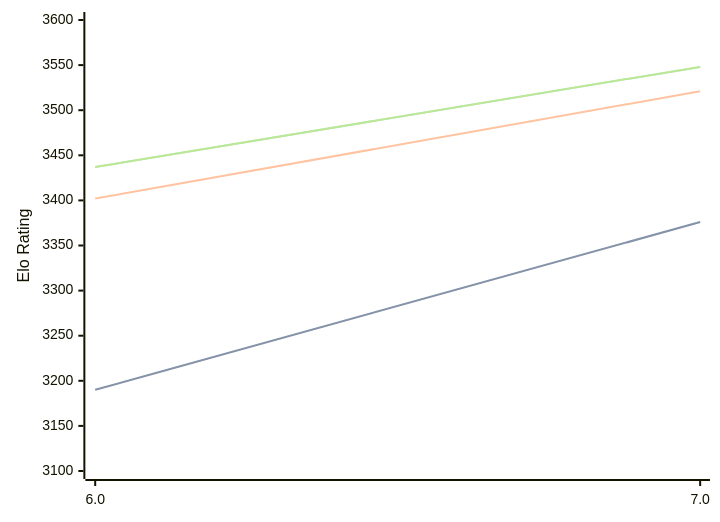
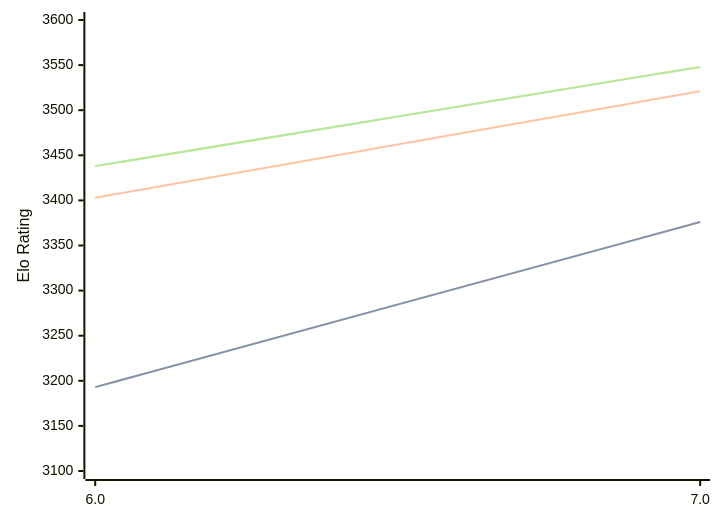
One commit to computer-chess-index/cci changed the diagram in engines/Devre.md. Above: the diagram before and after it, drawn with Mermaid. The commit also changed other lines of this file, not shown here.

Commit message:
Update CCI Ratings (ELO VLTC) - 2026-09-04

````diff
--- a/engines/Devre.md
+++ b/engines/Devre.md
@@ -32,11 +32,11 @@
 ```mermaid
 %%{init: {"theme":"base","themeVariables":{"seriesColors:['#a3a3a3','#222221','#faa371']}}}%%
 xychart-beta
   x-axis ["6.0", "7.0"]
   y-axis "Elo Rating" 3100 --> 3600
-  line "" [3190, 3376]
-  line "STC (8.0+0.08s)" [3190, 3376]
-  line "LTC (60.0+0.60s)" [3402, 3521]
-  line "" [3437, 3548]
-  line "VLTC (2m24s+1.12s)" [3437, 3548]
+  line "" [3193, 3376]
+  line "STC (8.0+0.08s)" [3193, 3376]
+  line "LTC (60.0+0.60s)" [3403, 3521]
+  line "" [3438, 3548]
+  line "VLTC (2m24s+1.12s)" [3438, 3548]
 ```
````
